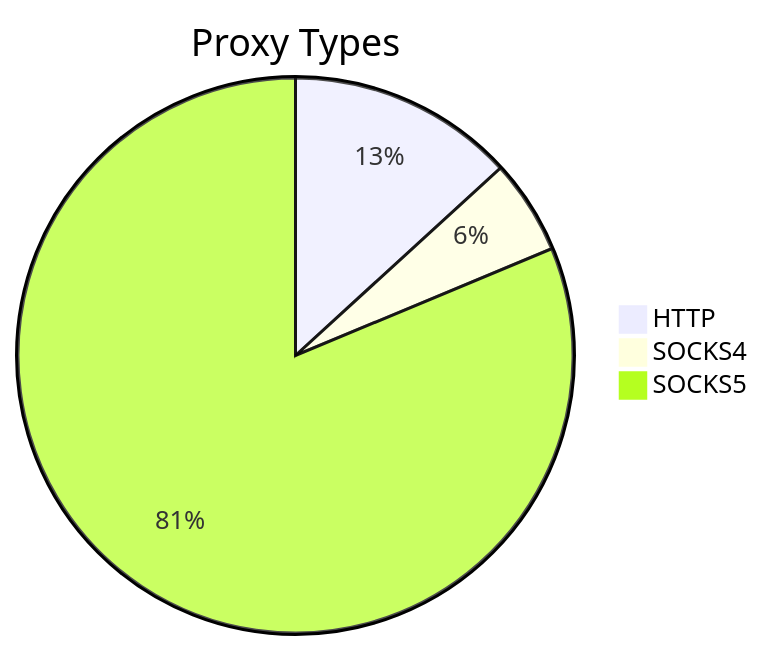
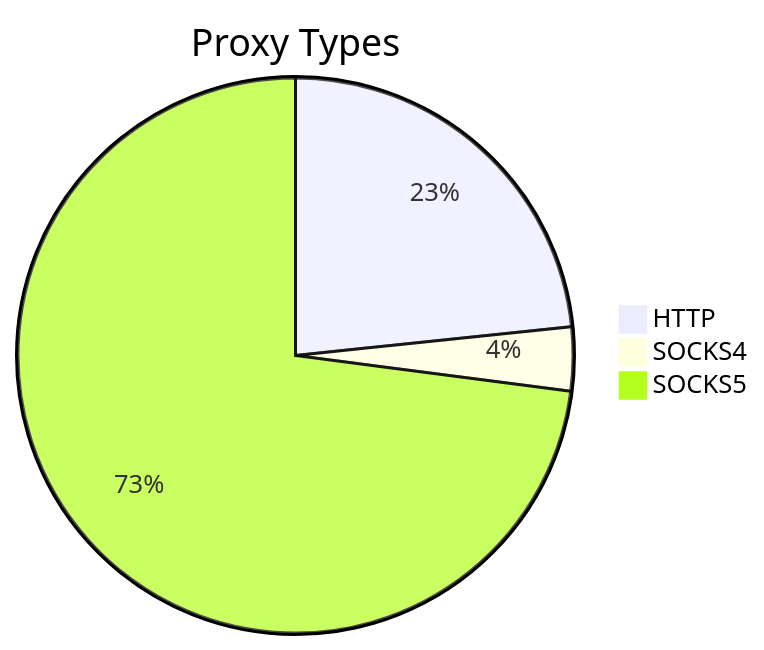
One commit to stormsia/proxy-list changed the first of 2 diagrams in README.md. Above: the diagram before and after it, drawn with Mermaid. The commit also changed other lines of this file, not shown here.

````diff
--- a/README.md
+++ b/README.md
@@ -21,6 +21,6 @@
 ```mermaid
 pie title Proxy Types
-    "HTTP" : 72
-    "SOCKS4" : 30
-    "SOCKS5" : 443
+    "HTTP" : 88
+    "SOCKS4" : 14
+    "SOCKS5" : 275
 ```
````
